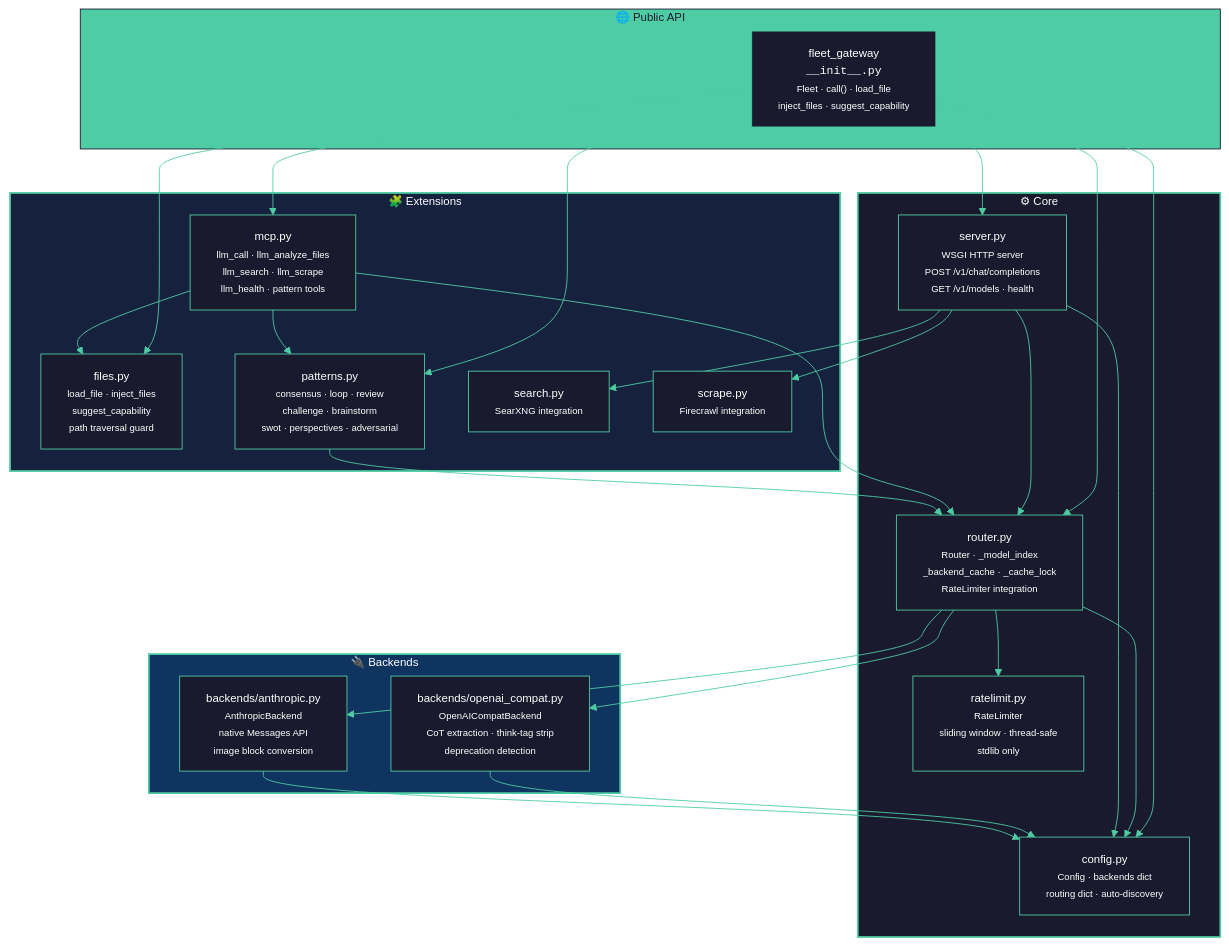
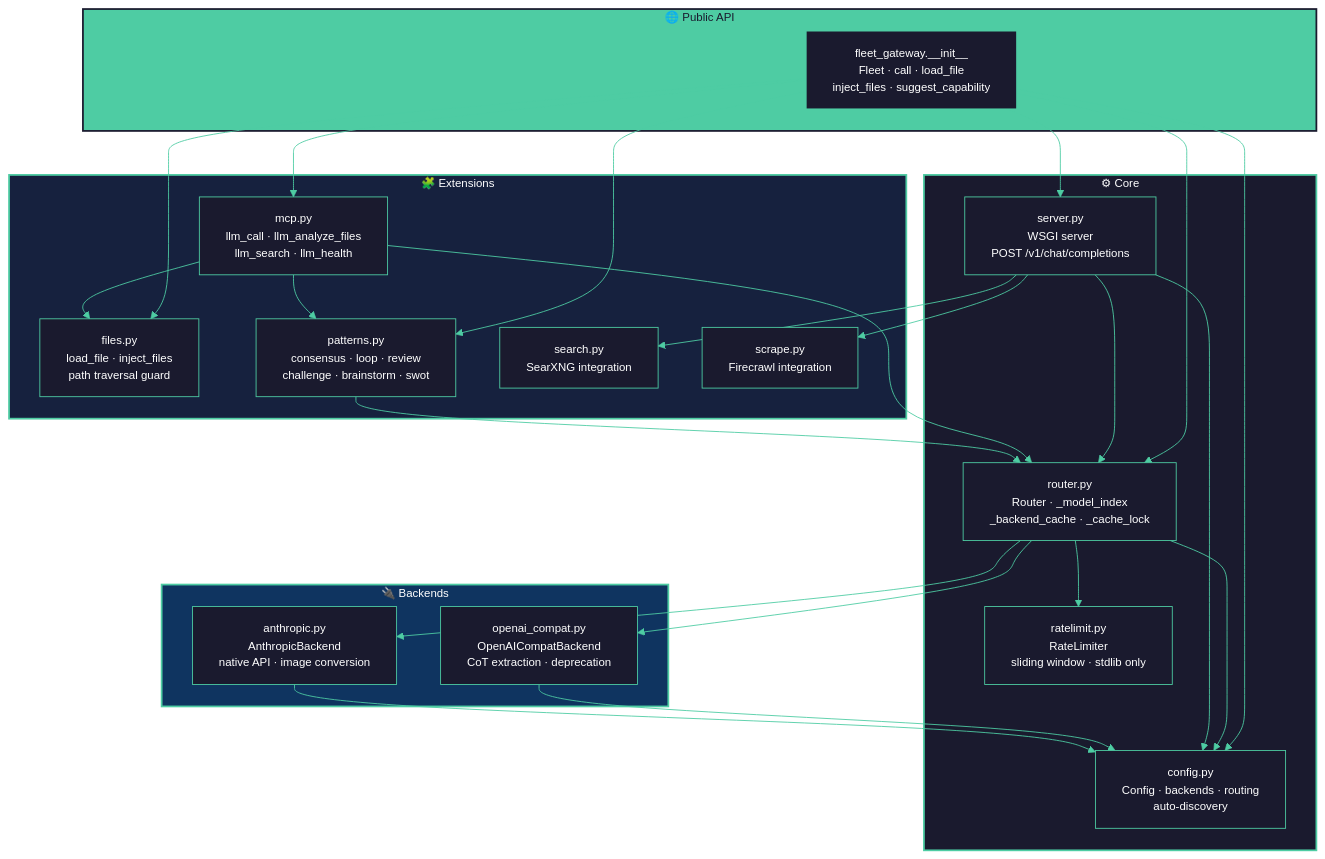
Before and after one commit to cs-cdf/fleet-gateway: the diagram in docs/architecture/module-map.md, drawn with Mermaid. The commit also changed 4 other files, not shown here.

First line of the commit message:
fix(docs): repair Mermaid parse errors across all architecture diagrams

````diff
--- a/docs/architecture/module-map.md
+++ b/docs/architecture/module-map.md
@@ -5,67 +5,67 @@
 ```mermaid
 %%{init: {'theme': 'base', 'themeVariables': {
   'primaryColor': '#1a1a2e',
   'primaryTextColor': '#ffffff',
   'primaryBorderColor': '#4ecca3',
   'lineColor': '#4ecca3',
   'clusterBkg': '#16213e',
   'clusterBorder': '#4ecca3',
   'fontFamily': 'Inter, sans-serif',
   'fontSize': '13px'
 }}}%%
 flowchart TD
     subgraph Public["🌐 Public API"]
-        INIT["fleet_gateway<br/><code>__init__.py</code><br/><small>Fleet · call() · load_file<br/>inject_files · suggest_capability</small>"]
+        INIT["fleet_gateway.__init__<br>Fleet · call · load_file<br>inject_files · suggest_capability"]
     end
 
     subgraph Core["⚙ Core"]
-        ROUTER["router.py<br/><small>Router · _model_index<br/>_backend_cache · _cache_lock<br/>RateLimiter integration</small>"]
-        CONFIG["config.py<br/><small>Config · backends dict<br/>routing dict · auto-discovery</small>"]
-        RATELIMIT["ratelimit.py<br/><small>RateLimiter<br/>sliding window · thread-safe<br/>stdlib only</small>"]
-        SERVER["server.py<br/><small>WSGI HTTP server<br/>POST /v1/chat/completions<br/>GET /v1/models · health</small>"]
+        ROUTER["router.py<br>Router · _model_index<br>_backend_cache · _cache_lock"]
+        CONFIG["config.py<br>Config · backends · routing<br>auto-discovery"]
+        RATELIMIT["ratelimit.py<br>RateLimiter<br>sliding window · stdlib only"]
+        SERVER["server.py<br>WSGI server<br>POST /v1/chat/completions"]
     end
 
     subgraph Backends["🔌 Backends"]
-        OAI["backends/openai_compat.py<br/><small>OpenAICompatBackend<br/>CoT extraction · think-tag strip<br/>deprecation detection</small>"]
-        ANTHRO["backends/anthropic.py<br/><small>AnthropicBackend<br/>native Messages API<br/>image block conversion</small>"]
+        OAI["openai_compat.py<br>OpenAICompatBackend<br>CoT extraction · deprecation"]
+        ANTHRO["anthropic.py<br>AnthropicBackend<br>native API · image conversion"]
     end
 
     subgraph Extensions["🧩 Extensions"]
-        FILES["files.py<br/><small>load_file · inject_files<br/>suggest_capability<br/>path traversal guard</small>"]
-        PATTERNS["patterns.py<br/><small>consensus · loop · review<br/>challenge · brainstorm<br/>swot · perspectives · adversarial</small>"]
-        MCP["mcp.py<br/><small>llm_call · llm_analyze_files<br/>llm_search · llm_scrape<br/>llm_health · pattern tools</small>"]
-        SEARCH["search.py<br/><small>SearXNG integration</small>"]
-        SCRAPE["scrape.py<br/><small>Firecrawl integration</small>"]
+        FILES["files.py<br>load_file · inject_files<br>path traversal guard"]
+        PATTERNS["patterns.py<br>consensus · loop · review<br>challenge · brainstorm · swot"]
+        MCP["mcp.py<br>llm_call · llm_analyze_files<br>llm_search · llm_health"]
+        SEARCH["search.py<br>SearXNG integration"]
+        SCRAPE["scrape.py<br>Firecrawl integration"]
     end
 
     INIT --> ROUTER
     INIT --> CONFIG
     INIT --> FILES
     INIT --> PATTERNS
     INIT --> MCP
     INIT --> SERVER
 
     ROUTER --> CONFIG
     ROUTER --> RATELIMIT
     ROUTER --> OAI
     ROUTER --> ANTHRO
 
     SERVER --> ROUTER
     SERVER --> CONFIG
     SERVER --> SEARCH
     SERVER --> SCRAPE
 
     MCP --> ROUTER
     MCP --> FILES
     MCP --> PATTERNS
 
     PATTERNS --> ROUTER
 
     OAI --> CONFIG
     ANTHRO --> CONFIG
 
-    style Public    fill:#4ecca3,stroke:#1a1a2e,color:#1a1a2e
-    style Core      fill:#1a1a2e,stroke:#4ecca3,stroke-width:2px,color:#fff
-    style Backends  fill:#0f3460,stroke:#4ecca3,stroke-width:2px,color:#fff
+    style Public     fill:#4ecca3,stroke:#1a1a2e,stroke-width:2px,color:#1a1a2e
+    style Core       fill:#1a1a2e,stroke:#4ecca3,stroke-width:2px,color:#fff
+    style Backends   fill:#0f3460,stroke:#4ecca3,stroke-width:2px,color:#fff
     style Extensions fill:#16213e,stroke:#4ecca3,stroke-width:2px,color:#fff
 ```
````
